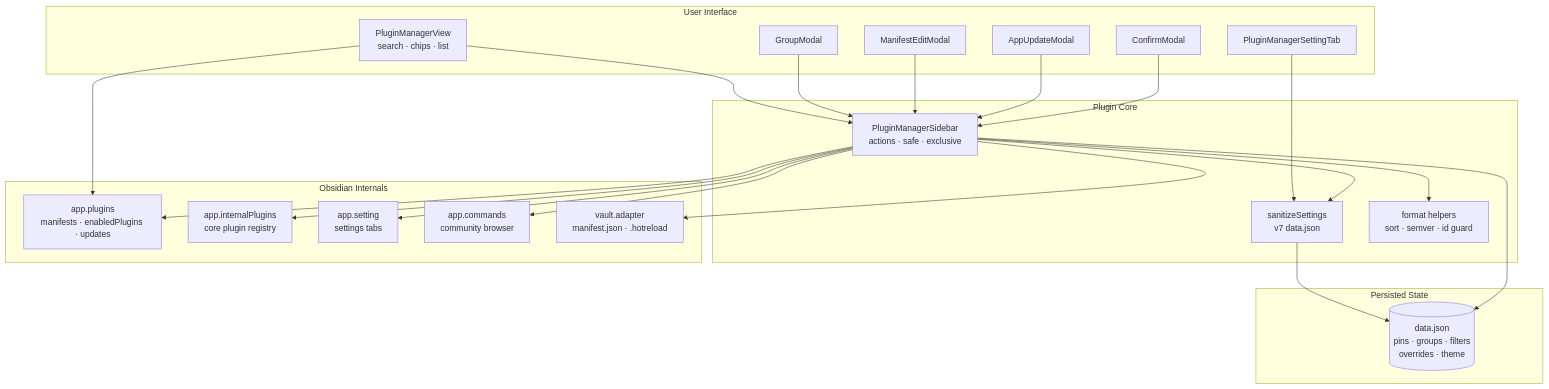
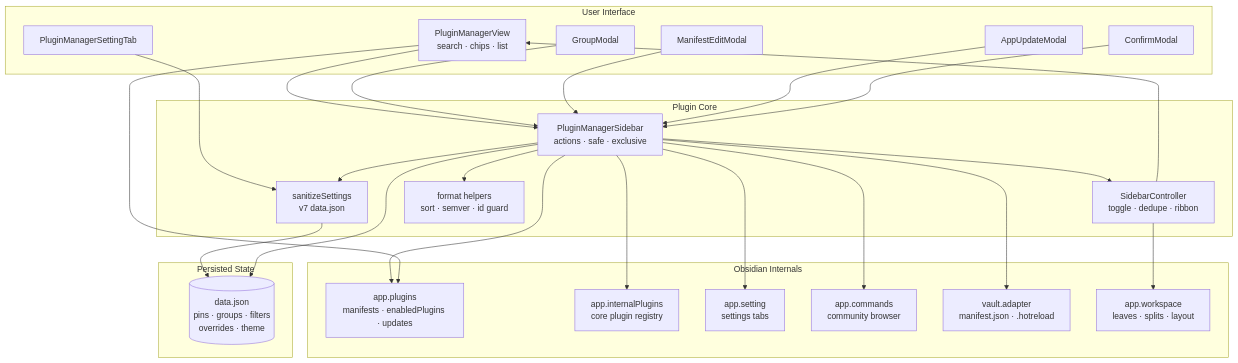
Before and after one commit to Mostakim2005/plugin-manager-sidebar: the first of 3 diagrams in docs/ARCHITECTURE.md, drawn with Mermaid. The commit also changed other lines of this file and 6 other files, not shown here.

Commit message:
feat: extract SidebarController with ribbon toggle, active-state sync, and leaf deduplication

````diff
--- a/docs/ARCHITECTURE.md
+++ b/docs/ARCHITECTURE.md
@@ -5,46 +5,51 @@
 ```mermaid
 flowchart TB
     subgraph UI["User Interface"]
         VIEW["PluginManagerView<br/>search · chips · list"]
         GROUP["GroupModal"]
         EDIT["ManifestEditModal"]
         APPUP["AppUpdateModal"]
         CONFIRM["ConfirmModal"]
         ST["PluginManagerSettingTab"]
     end
 
     subgraph CORE["Plugin Core"]
         MAIN["PluginManagerSidebar<br/>actions · safe · exclusive"]
+        SIDEBAR["SidebarController<br/>toggle · dedupe · ribbon"]
         SETTINGS["sanitizeSettings<br/>v7 data.json"]
         FORMAT["format helpers<br/>sort · semver · id guard"]
     end
 
     subgraph HOST["Obsidian Internals"]
         PM["app.plugins<br/>manifests · enabledPlugins · updates"]
         COREAPI["app.internalPlugins<br/>core plugin registry"]
         SETAPI["app.setting<br/>settings tabs"]
         CMD["app.commands<br/>community browser"]
         VAULT["vault.adapter<br/>manifest.json · .hotreload"]
+        WS["app.workspace<br/>leaves · splits · layout"]
     end
 
     subgraph STATE["Persisted State"]
         DATA[("data.json<br/>pins · groups · filters<br/>overrides · theme")]
     end
 
     VIEW --> MAIN
     GROUP --> MAIN
     EDIT --> MAIN
     APPUP --> MAIN
     CONFIRM --> MAIN
     ST --> SETTINGS
+    MAIN --> SIDEBAR
+    SIDEBAR --> WS
+    SIDEBAR --> VIEW
     MAIN --> SETTINGS
     MAIN --> FORMAT
     MAIN --> PM
     MAIN --> COREAPI
     MAIN --> SETAPI
     MAIN --> CMD
     MAIN --> VAULT
     SETTINGS --> DATA
     MAIN --> DATA
     VIEW --> PM
 ```
````
